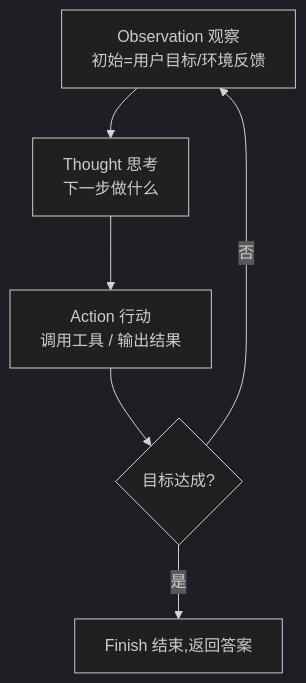
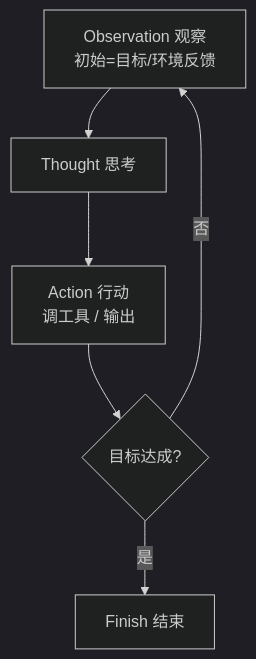
Before and after one commit to inspire-man/frontend-knowledge-base: the diagram in frontend-knowledge-base/卷十一-AIAgentHarness与提示词工程/11.2-Agent核心循环.md, drawn with Mermaid (dark theme). The commit also changed other lines of this file and 7 other files, not shown here.

````diff
--- a/frontend-knowledge-base/卷十一-AIAgentHarness与提示词工程/11.2-Agent核心循环.md
+++ b/frontend-knowledge-base/卷十一-AIAgentHarness与提示词工程/11.2-Agent核心循环.md
@@ -38,8 +27,8 @@
 ```mermaid
 flowchart TD
-    A[Observation 观察<br/>初始=用户目标/环境反馈] --> B[Thought 思考<br/>下一步做什么]
-    B --> C[Action 行动<br/>调用工具 / 输出结果]
+    A[Observation 观察<br/>初始=目标/环境反馈] --> B[Thought 思考]
+    B --> C[Action 行动<br/>调工具 / 输出]
     C --> D{目标达成?}
     D -->|否| A
-    D -->|是| E[Finish 结束,返回答案]
+    D -->|是| E[Finish 结束]
 ```
````
